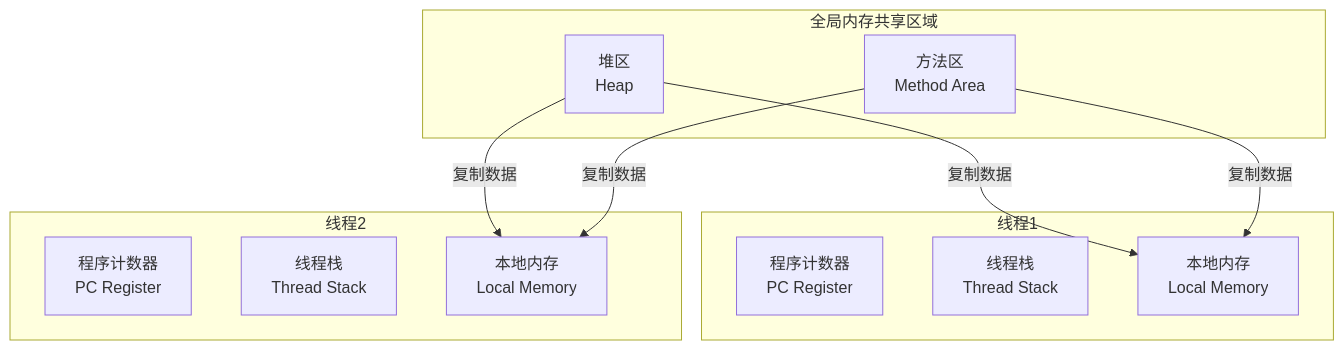
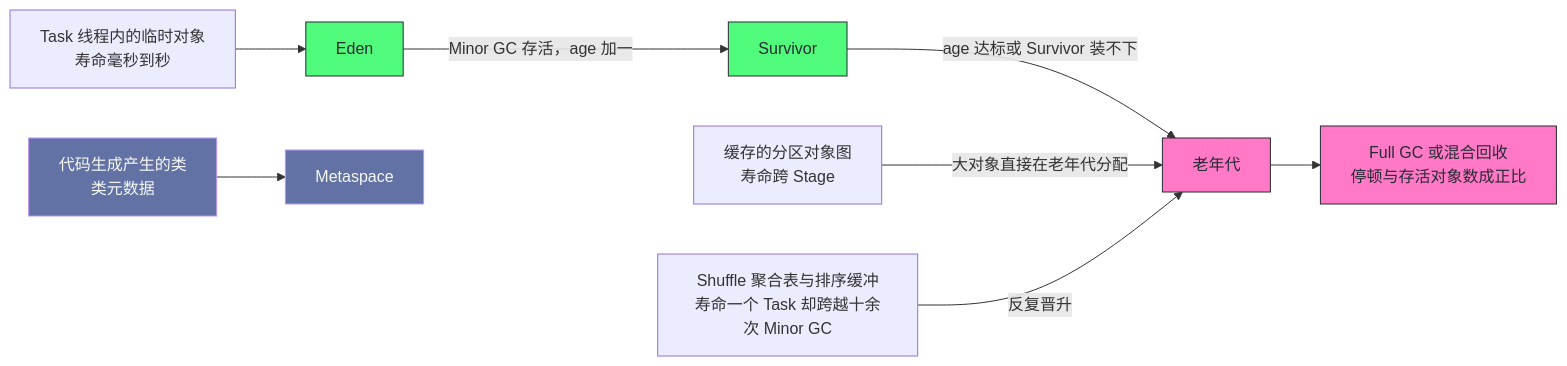
Before and after one commit to hpliStartAgain/my-brain: the second of 6 diagrams in content/大数据/Spark/读书笔记-spark内核/06_性能调优实战/5. Spark_JVM性能调优.md, drawn with Mermaid. The commit also changed other lines of this file and 259 other files, not shown here.

````diff
--- a/content/大数据/Spark/读书笔记-spark内核/06_性能调优实战/5. Spark_JVM性能调优.md
+++ b/content/大数据/Spark/读书笔记-spark内核/06_性能调优实战/5. Spark_JVM性能调优.md
@@ -41,24 +100,17 @@
 ```mermaid
-flowchart TD
-    subgraph "全局内存共享区域"
-        A["堆区<br>Heap"]
-        B["方法区<br>Method Area"]
-    end
-    
-    subgraph "线程1"
-        C["程序计数器<br>PC Register"]
-        D["线程栈<br>Thread Stack"]
-        E["本地内存<br>Local Memory"]
-    end
-    
-    subgraph "线程2"
-        F["程序计数器<br>PC Register"]
-        G["线程栈<br>Thread Stack"]
-        H["本地内存<br>Local Memory"]
-    end
-    
-    A -->|"复制数据"| E
-    B -->|"复制数据"| E
-    A -->|"复制数据"| H
-    B -->|"复制数据"| H
+%%{init: {'theme': 'dracula'}}%%
+flowchart LR
+    T["Task 线程内的临时对象<br/>寿命毫秒到秒"] --> E["Eden"]
+    E -->|"Minor GC 存活，age 加一"| S["Survivor"]
+    S -->|"age 达标或 Survivor 装不下"| O["老年代"]
+    C["缓存的分区对象图<br/>寿命跨 Stage"] -->|"大对象直接在老年代分配"| O
+    B["Shuffle 聚合表与排序缓冲<br/>寿命一个 Task 却跨越十余次 Minor GC"] -->|"反复晋升"| O
+    M["代码生成产生的类<br/>类元数据"] --> MS["Metaspace"]
+    O --> F["Full GC 或混合回收<br/>停顿与存活对象数成正比"]
+    classDef young fill:#50fa7b,stroke:#282a36,color:#282a36
+    classDef old fill:#ff79c6,stroke:#282a36,color:#282a36
+    classDef meta fill:#6272a4,stroke:#bd93f9,color:#f8f8f2
+    class E,S young
+    class O,F old
+    class M,MS meta
 ```
````
